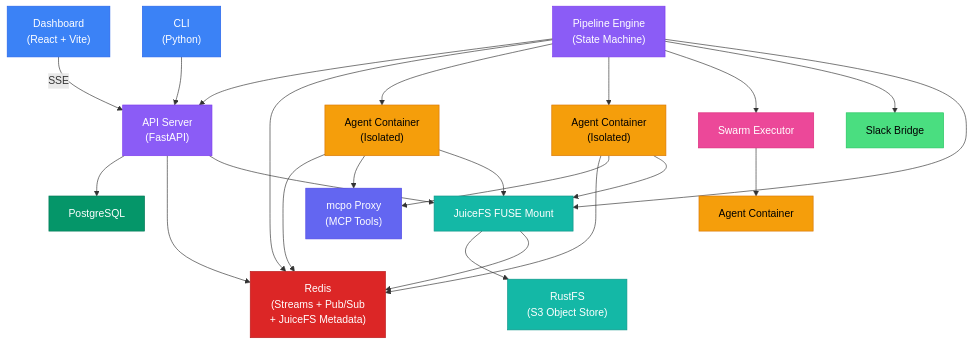
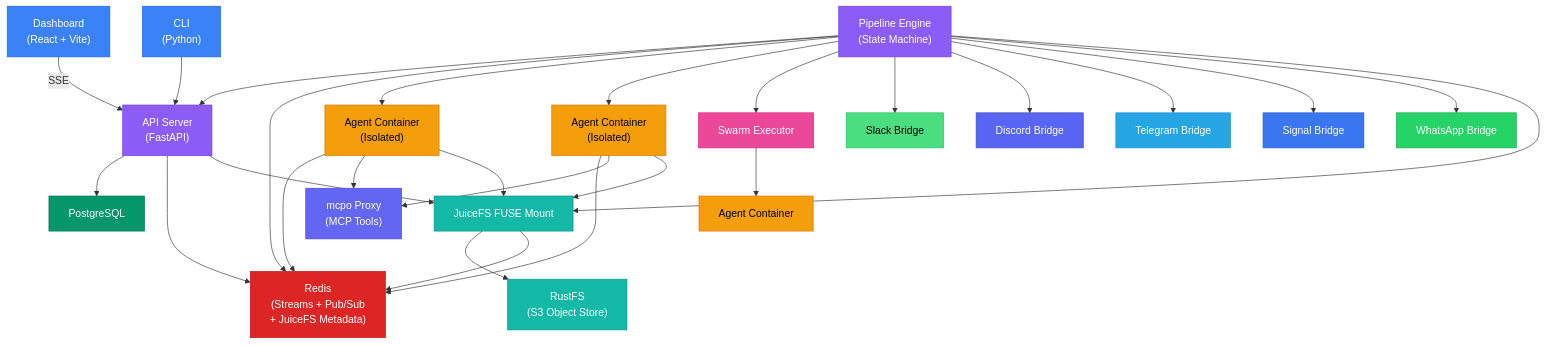
The first of 3 diagrams in docs/content/docs/concepts/architecture.md (BaseDatum/DjinnBot), drawn with Mermaid before and after one commit. The commit also changed other lines of this file and 34 other files, not shown here.

Commit message:
feat: signal, telegram, discord, whatsapp, and docs to match

````diff
--- a/docs/content/docs/concepts/architecture.md
+++ b/docs/content/docs/concepts/architecture.md
@@ -10,39 +10,47 @@
 ```mermaid
 graph TB
     Dashboard["Dashboard<br/>(React + Vite)"] -->|SSE| API["API Server<br/>(FastAPI)"]
     CLI["CLI<br/>(Python)"] --> API
     API --> DB["PostgreSQL"]
     API --> Redis["Redis<br/>(Streams + Pub/Sub<br/>+ JuiceFS Metadata)"]
     Engine["Pipeline Engine<br/>(State Machine)"] --> API
     Engine --> Redis
     Engine --> Agent1["Agent Container<br/>(Isolated)"]
     Engine --> Agent2["Agent Container<br/>(Isolated)"]
     Engine --> Swarm["Swarm Executor"]
     Swarm --> Agent3["Agent Container"]
     Agent1 --> Redis
     Agent2 --> Redis
     Agent1 --> mcpo["mcpo Proxy<br/>(MCP Tools)"]
     Agent2 --> mcpo
     Engine --> Slack["Slack Bridge"]
+    Engine --> Discord["Discord Bridge"]
+    Engine --> Telegram["Telegram Bridge"]
+    Engine --> Signal["Signal Bridge"]
+    Engine --> WhatsApp["WhatsApp Bridge"]
     JFS["JuiceFS FUSE Mount"] --> RustFS["RustFS<br/>(S3 Object Store)"]
     JFS --> Redis
     Engine --> JFS
     Agent1 --> JFS
     Agent2 --> JFS
     API --> JFS
 
     style Dashboard fill:#3b82f6,color:#fff,stroke:#2563eb
     style CLI fill:#3b82f6,color:#fff,stroke:#2563eb
     style API fill:#8b5cf6,color:#fff,stroke:#7c3aed
     style Engine fill:#8b5cf6,color:#fff,stroke:#7c3aed
     style Swarm fill:#ec4899,color:#fff,stroke:#db2777
     style DB fill:#059669,color:#fff,stroke:#047857
     style Redis fill:#dc2626,color:#fff,stroke:#b91c1c
     style Agent1 fill:#f59e0b,color:#000,stroke:#d97706
     style Agent2 fill:#f59e0b,color:#000,stroke:#d97706
     style Agent3 fill:#f59e0b,color:#000,stroke:#d97706
     style mcpo fill:#6366f1,color:#fff,stroke:#4f46e5
     style Slack fill:#4ade80,color:#000,stroke:#22c55e
+    style Discord fill:#5865F2,color:#fff,stroke:#4752C4
+    style Telegram fill:#26A5E4,color:#fff,stroke:#1E96D1
+    style Signal fill:#3A76F0,color:#fff,stroke:#2E62CC
+    style WhatsApp fill:#25D366,color:#fff,stroke:#1DA851
     style JFS fill:#14b8a6,color:#fff,stroke:#0d9488
     style RustFS fill:#14b8a6,color:#fff,stroke:#0d9488
 ```
````
